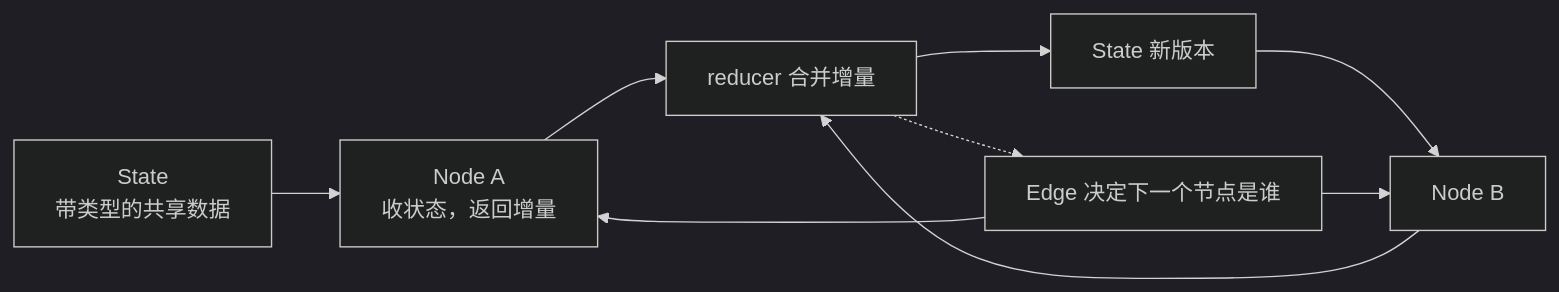
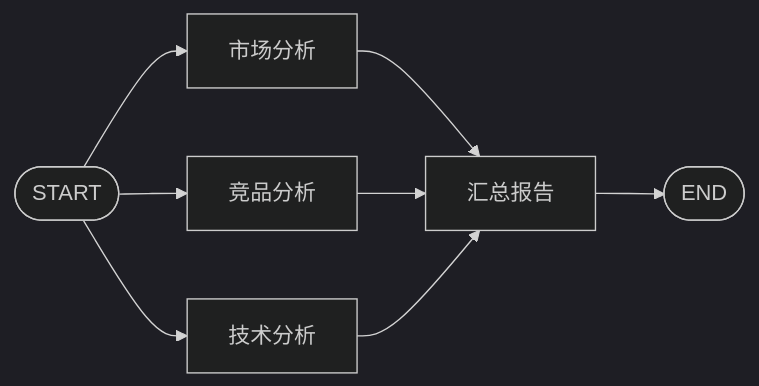
Before and after one commit to HandlerOne01/IMiss_Blog: the first of 30 diagrams in src/content/posts/ai/langgraph-nengli-xiangjie-xuexibiji.md, drawn with Mermaid (dark theme). The commit also changed other lines of this file and 6 other files, not shown here.

````diff
--- a/src/content/posts/ai/langgraph-nengli-xiangjie-xuexibiji.md
+++ b/src/content/posts/ai/langgraph-nengli-xiangjie-xuexibiji.md
@@ -56,11 +160,10 @@
 ```mermaid
 flowchart LR
-    S["State<br/>带类型的共享数据"] --> N1["Node A<br/>收状态，返回增量"]
-    N1 --> R["reducer 合并增量"]
-    R --> S2["State 新版本"]
-    S2 --> N2["Node B"]
-    N2 --> R
-    R -.-> E["Edge 决定下一个节点是谁"]
-    E --> N1
-    E --> N2
+    S([START]) --> M[市场分析]
+    S --> C[竞品分析]
+    S --> T[技术分析]
+    M --> R[汇总报告]
+    C --> R
+    T --> R
+    R --> E([END])
 ```
````
